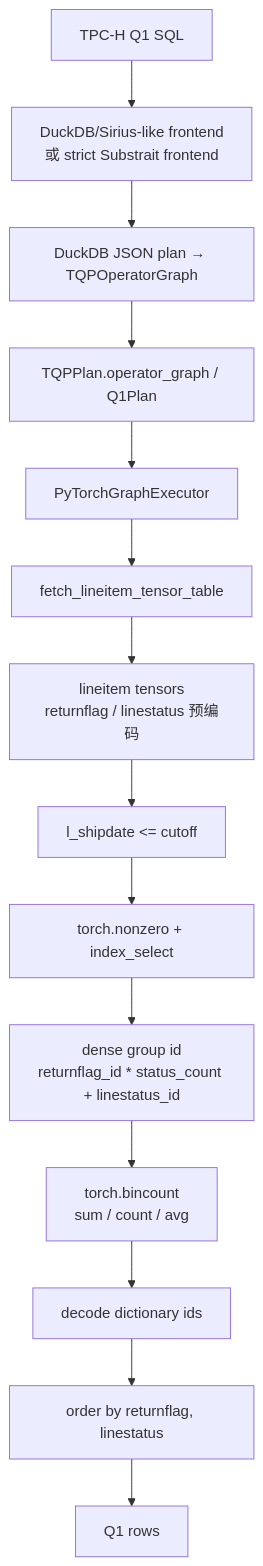
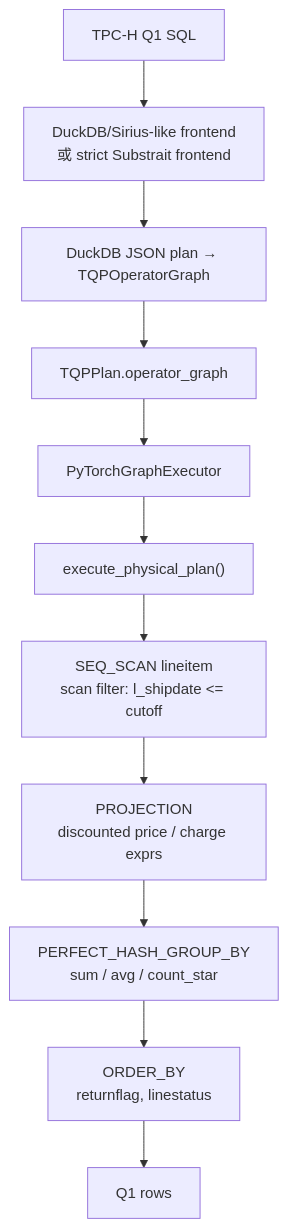
The second of 2 diagrams in README.md (liuweibupt/torch-query-gpu), drawn with Mermaid before and after one commit. The commit also changed other lines of this file and 9 other files, not shown here.

Commit message:
feat: route tpch q1 through physical plan interpreter

````diff
--- a/README.md
+++ b/README.md
@@ -67,16 +67,13 @@
 ```mermaid
 flowchart TD
     Q1SQL["TPC-H Q1 SQL"] --> Frontend["DuckDB/Sirius-like frontend<br/>或 strict Substrait frontend"]
     Frontend --> Graph["DuckDB JSON plan → TQPOperatorGraph"]
-    Graph --> Plan["TQPPlan.operator_graph / Q1Plan"]
+    Graph --> Plan["TQPPlan.operator_graph"]
     Plan --> Backend["PyTorchGraphExecutor"]
-    Backend --> Fetch["fetch_lineitem_tensor_table"]
-    Fetch --> Encoded["lineitem tensors<br/>returnflag / linestatus 预编码"]
-    Encoded --> Filter["l_shipdate <= cutoff"]
-    Filter --> Select["torch.nonzero + index_select"]
-    Select --> Group["dense group id<br/>returnflag_id * status_count + linestatus_id"]
-    Group --> Reduce["torch.bincount<br/>sum / count / avg"]
-    Reduce --> Decode["decode dictionary ids"]
-    Decode --> Sort["order by returnflag, linestatus"]
-    Sort --> Rows["Q1 rows"]
+    Backend --> Physical["execute_physical_plan()"]
+    Physical --> Scan["SEQ_SCAN lineitem<br/>scan filter: l_shipdate <= cutoff"]
+    Scan --> Project["PROJECTION<br/>discounted price / charge exprs"]
+    Project --> Group["PERFECT_HASH_GROUP_BY<br/>sum / avg / count_star"]
+    Group --> Order["ORDER_BY<br/>returnflag, linestatus"]
+    Order --> Rows["Q1 rows"]
 ```
````
